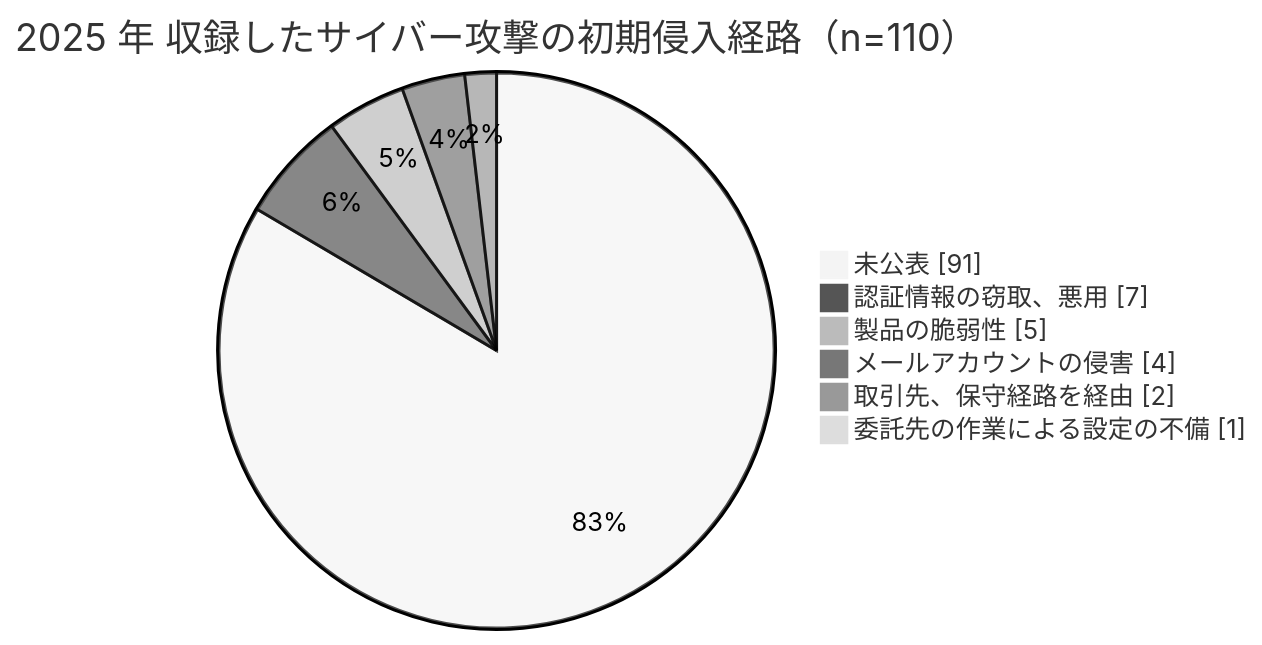
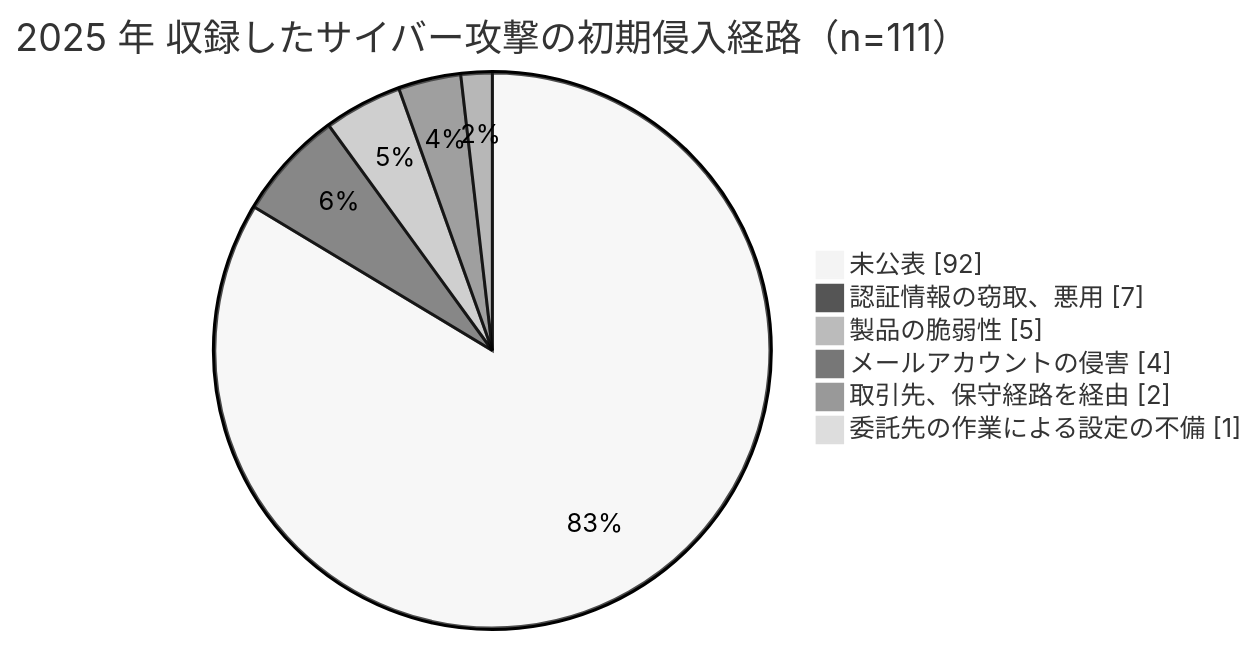
The second of 21 diagrams in docs/threats/incidents/years/2025-summary.md (scgajge12/awesome-healthcare-security), drawn with Mermaid (neutral theme) before and after one commit. The commit also changed other lines of this file and 6 other files, not shown here.

````diff
--- a/docs/threats/incidents/years/2025-summary.md
+++ b/docs/threats/incidents/years/2025-summary.md
@@ -101,10 +102,10 @@
 ```mermaid
 pie showData
-    title 2025 年 収録したサイバー攻撃の初期侵入経路（n=110）
-    "未公表" : 91
+    title 2025 年 収録したサイバー攻撃の初期侵入経路（n=111）
+    "未公表" : 92
     "認証情報の窃取、悪用" : 7
     "製品の脆弱性" : 5
     "メールアカウントの侵害" : 4
     "取引先、保守経路を経由" : 2
     "委託先の作業による設定の不備" : 1
 ```
````
